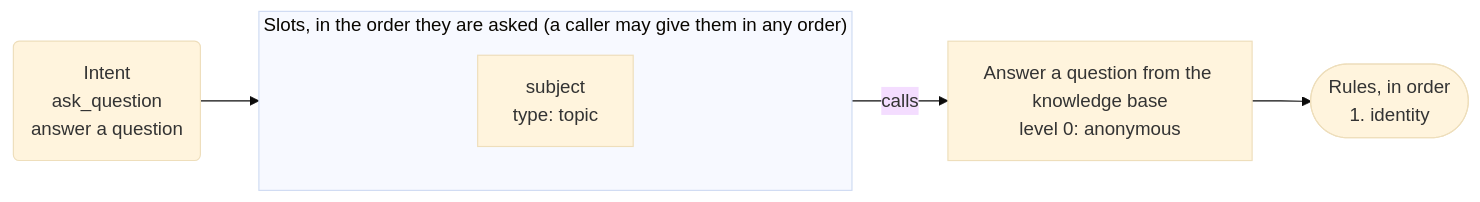
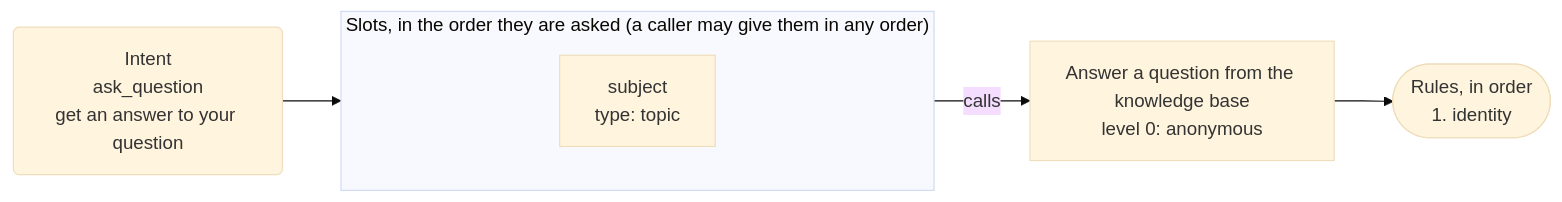
Before and after one commit to DialogWright/dialogwright: the seventh of 7 diagrams in apps/clinic/APP-MAP.md, drawn with Mermaid (base theme). The commit also changed other lines of this file and 14 other files, not shown here.

````diff
--- a/apps/clinic/APP-MAP.md
+++ b/apps/clinic/APP-MAP.md
@@ -169,12 +169,12 @@
 ```mermaid
 flowchart LR
-  intent("Intent<br/>ask_question<br/>answer a question")
+  intent("Intent<br/>ask_question<br/>get an answer to your question")
   subgraph slots["Slots, in the order they are asked (a caller may give them in any order)"]
     s_subject["subject<br/>type: topic"]
   end
   intent --> slots
   a_answerQuestion["Answer a question from the knowledge base<br/>level 0: anonymous"]
   slots -->|"calls"| a_answerQuestion
   r_answerQuestion(["Rules, in order<br/>1. identity"])
   a_answerQuestion --> r_answerQuestion
 ```
````
